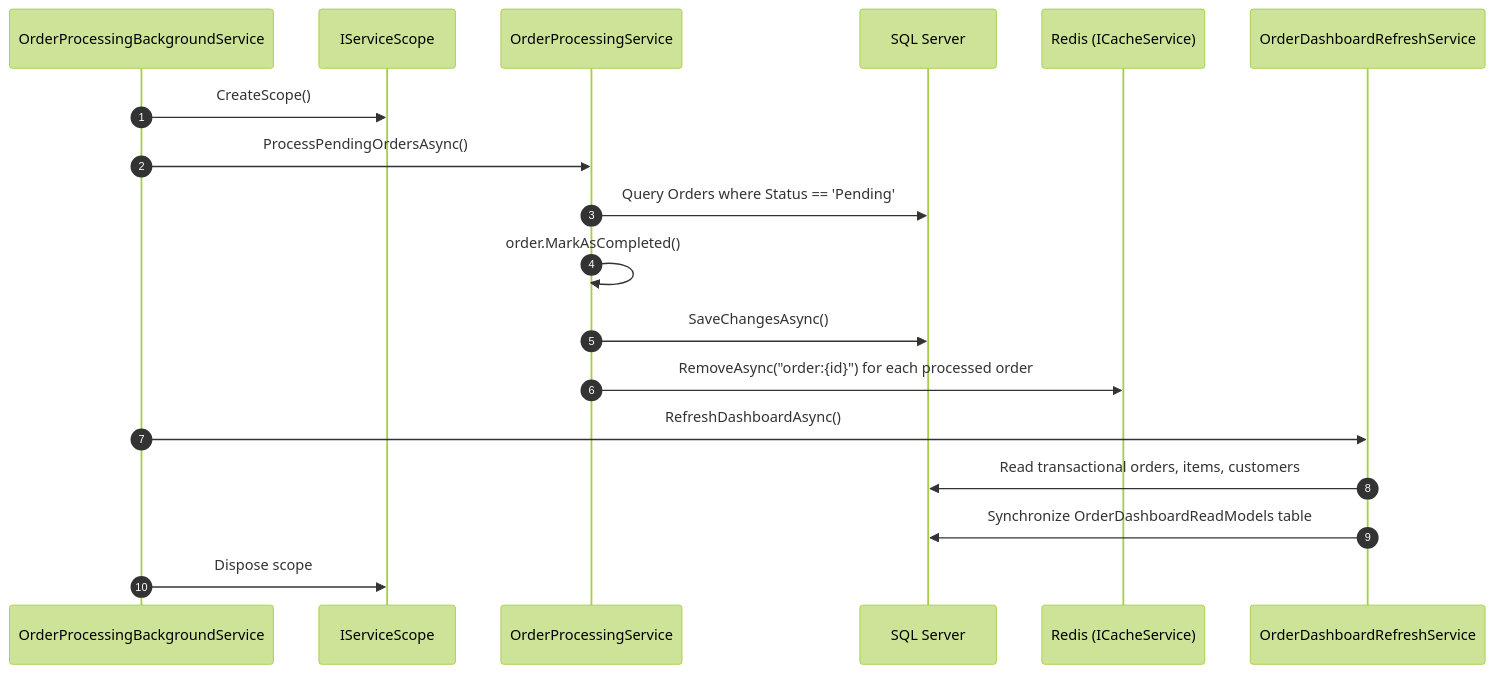
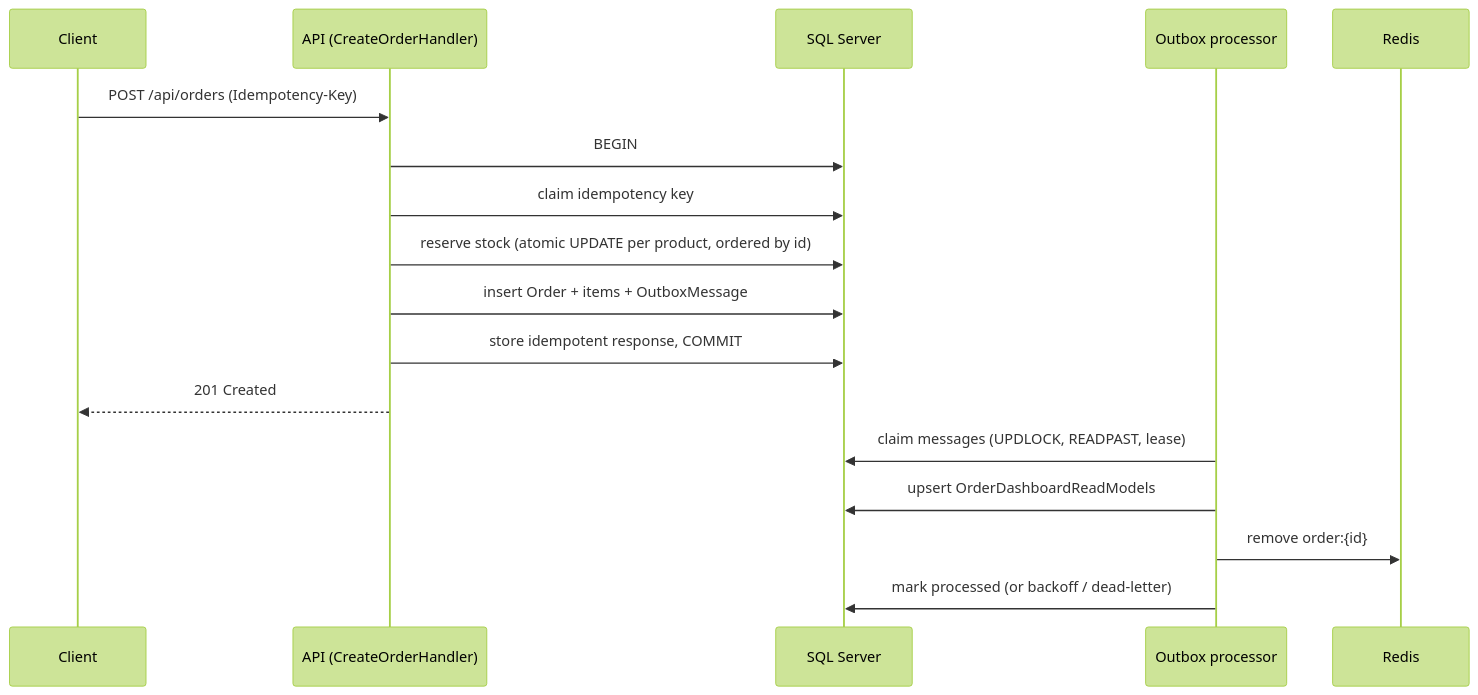
One commit to islamkhaled1/OrderFlow changed the second of 3 diagrams in README.md. Above: the diagram before and after it, drawn with Mermaid (forest theme). The commit also changed other lines of this file and 115 other files, not shown here.

````diff
--- a/README.md
+++ b/README.md
@@ -204,21 +68,19 @@
 ```mermaid
 sequenceDiagram
-    autonumber
-    participant BG as OrderProcessingBackgroundService
-    participant Scope as IServiceScope
-    participant Ops as OrderProcessingService
+    participant C as Client
+    participant A as API (CreateOrderHandler)
     participant DB as SQL Server
-    participant Cache as Redis (ICacheService)
-    participant Refresh as OrderDashboardRefreshService
-
-    BG->>Scope: CreateScope()
-    BG->>Ops: ProcessPendingOrdersAsync()
-    Ops->>DB: Query Orders where Status == 'Pending'
-    Ops->>Ops: order.MarkAsCompleted()
-    Ops->>DB: SaveChangesAsync()
-    Ops->>Cache: RemoveAsync("order:{id}") for each processed order
-    BG->>Refresh: RefreshDashboardAsync()
-    Refresh->>DB: Read transactional orders, items, customers
-    Refresh->>DB: Synchronize OrderDashboardReadModels table
-    BG->>Scope: Dispose scope
+    participant W as Outbox processor
+    participant R as Redis
+    C->>A: POST /api/orders (Idempotency-Key)
+    A->>DB: BEGIN
+    A->>DB: claim idempotency key
+    A->>DB: reserve stock (atomic UPDATE per product, ordered by id)
+    A->>DB: insert Order + items + OutboxMessage
+    A->>DB: store idempotent response, COMMIT
+    A-->>C: 201 Created
+    W->>DB: claim messages (UPDLOCK, READPAST, lease)
+    W->>DB: upsert OrderDashboardReadModels
+    W->>R: remove order:{id}
+    W->>DB: mark processed (or backoff / dead-letter)
 ```
````
